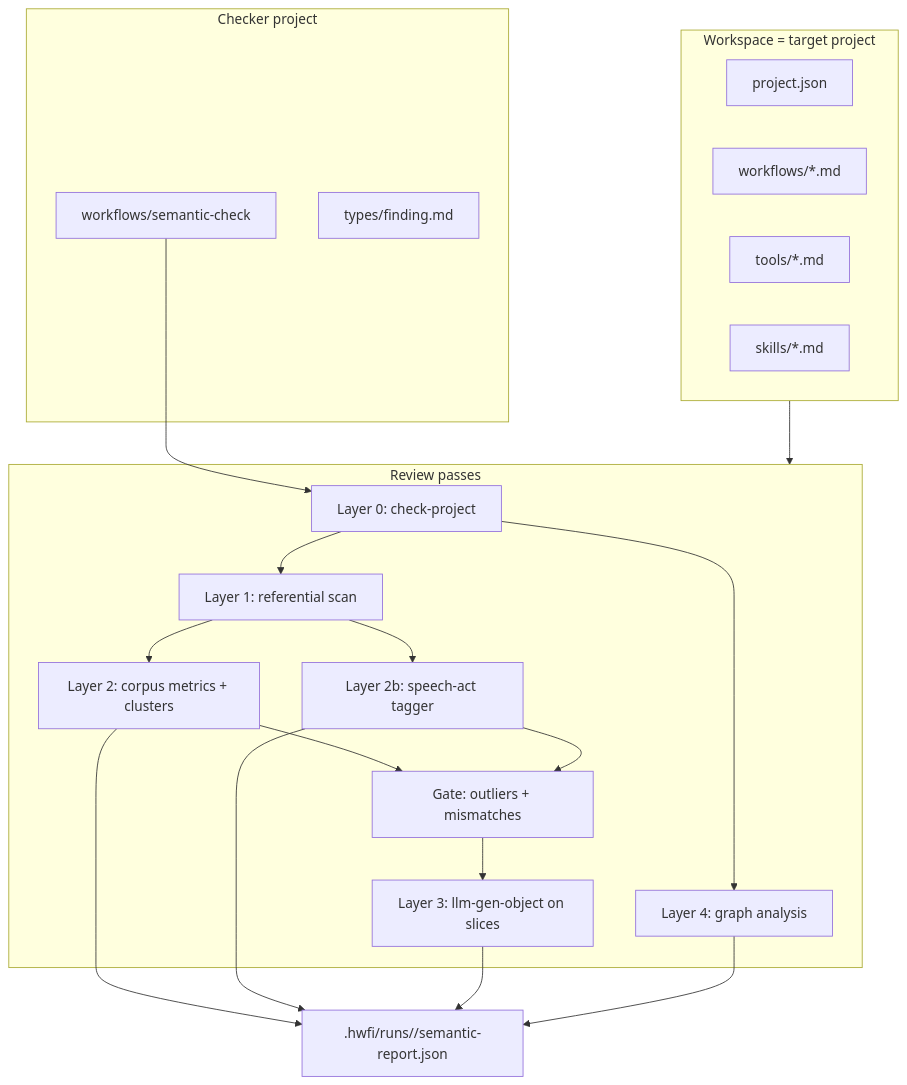
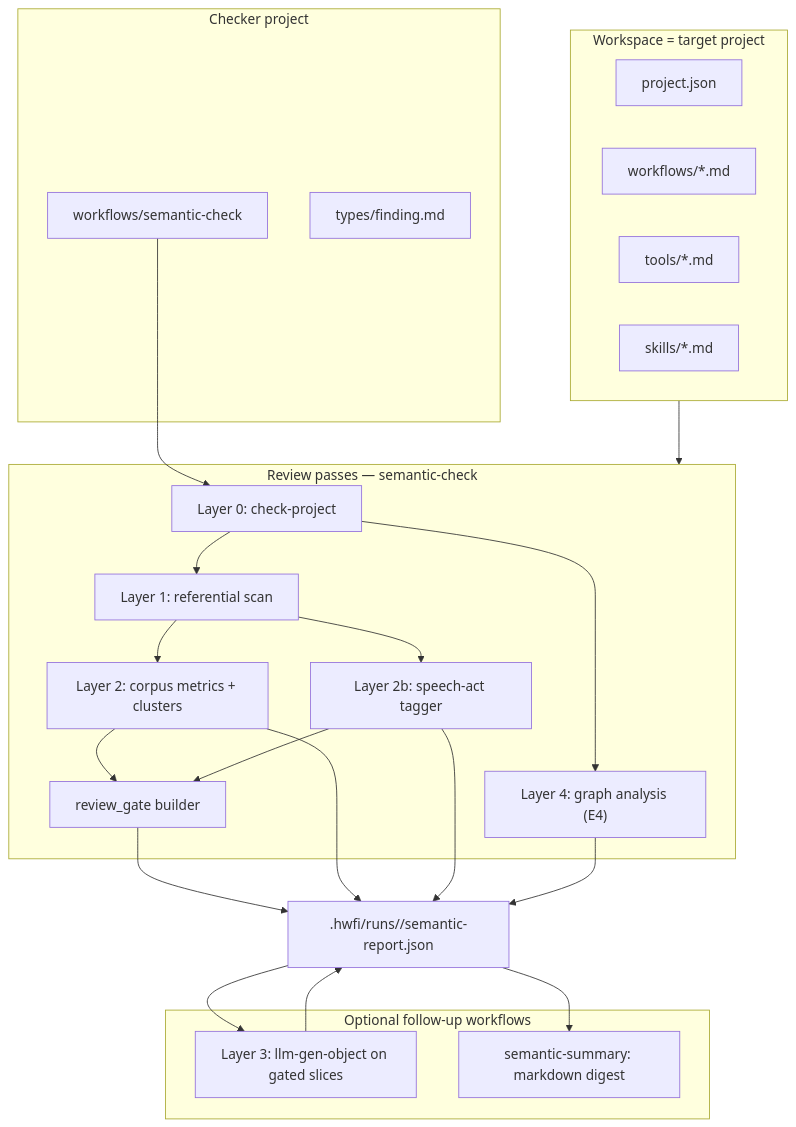
The diagram in docs/semantic-check-design.md (aische/hwfi), drawn with Mermaid before and after one commit. The commit also changed other lines of this file and 6 other files, not shown here.

````diff
--- a/docs/semantic-check-design.md
+++ b/docs/semantic-check-design.md
@@ -52,38 +53,44 @@
 ```mermaid
 flowchart TB
   subgraph checker [Checker project]
     WF["workflows/semantic-check"]
     SCH["types/finding.md"]
   end
 
   subgraph target [Workspace = target project]
     P["project.json"]
     W["workflows/*.md"]
     T["tools/*.md"]
     S["skills/*.md"]
   end
 
-  subgraph passes [Review passes]
+  subgraph passes [Review passes — semantic-check]
     L0["Layer 0: check-project"]
     L1["Layer 1: referential scan"]
     L2["Layer 2: corpus metrics + clusters"]
     L2b["Layer 2b: speech-act tagger"]
-    GATE["Gate: outliers + mismatches"]
-    L3["Layer 3: llm-gen-object on slices"]
-    L4["Layer 4: graph analysis"]
+    GATE["review_gate builder"]
+    L4["Layer 4: graph analysis (E4)"]
+  end
+
+  subgraph optional [Optional follow-up workflows]
+    L3["Layer 3: llm-gen-object on gated slices"]
+    SUM["semantic-summary: markdown digest"]
   end
 
   WF --> L0
   L0 --> L1
   L1 --> L2
   L1 --> L2b
   L0 --> L4
   L2 --> GATE
   L2b --> GATE
-  GATE --> L3
-  L2 --> OUT[".hwfi/runs/<run-id>/semantic-report.json"]
+  GATE --> OUT[".hwfi/runs/<run-id>/semantic-report.json"]
+  L2 --> OUT
   L2b --> OUT
+  L4 --> OUT
+  OUT --> L3
+  OUT --> SUM
   L3 --> OUT
-  L4 --> OUT
   target --> passes
 ```
````
